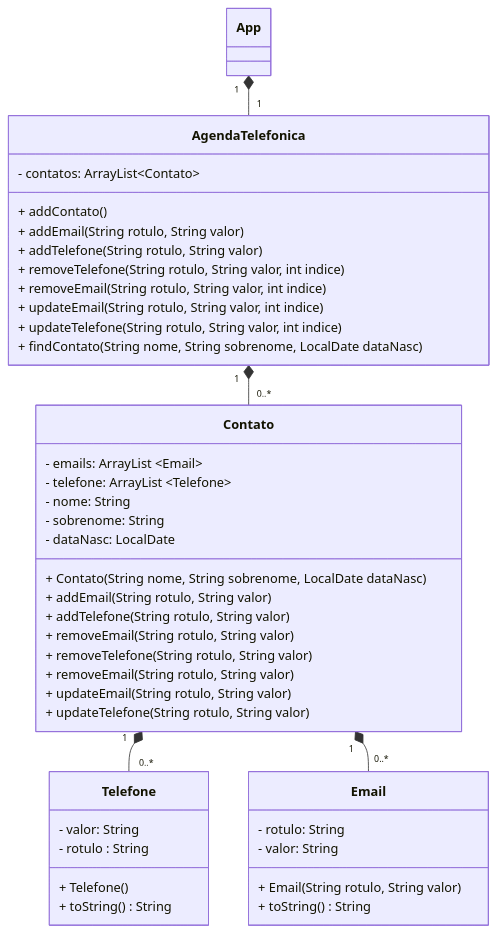
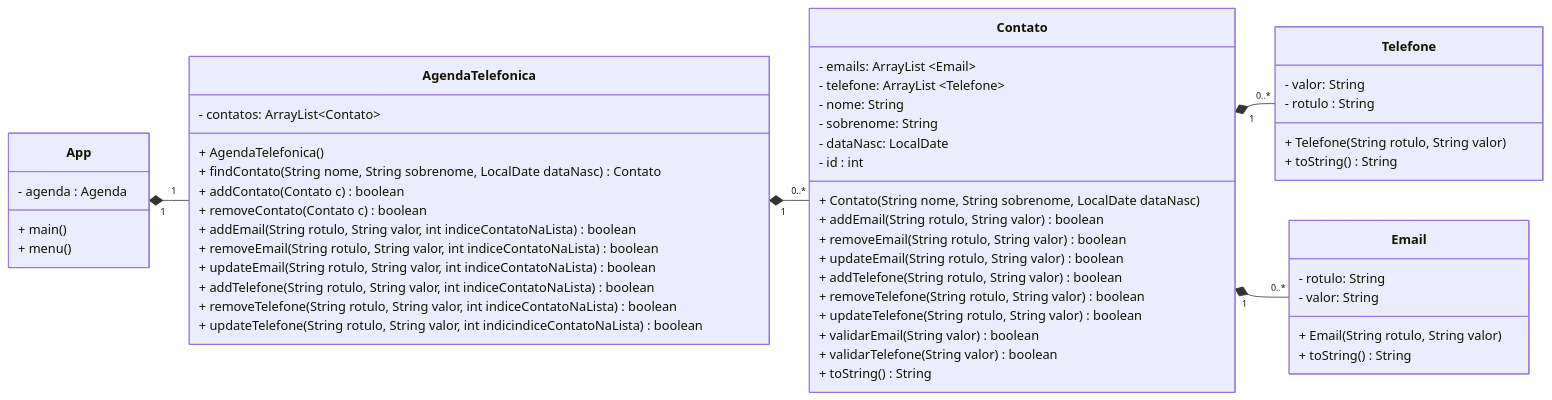
One commit to hiagosantos60/POO changed the diagram in aula17/Readme.md. Above: the diagram before and after it, drawn with Mermaid. The commit also changed other lines of this file and 3 other files, not shown here.

````diff
--- a/aula17/Readme.md
+++ b/aula17/Readme.md
@@ -9,56 +3,71 @@
 ``` mermaid
 classDiagram
+    direction LR
 
     class App {
-
+        - agenda : Agenda
+        + main()
+        + menu()
     }
 
     class AgendaTelefonica{
         - contatos: ArrayList~Contato~
         
-        + addContato()
-        + addEmail(String rotulo, String valor)
-        + addTelefone(String rotulo, String valor)
-        + removeTelefone(String rotulo, String valor, int indice)
-        + removeEmail(String rotulo, String valor, int indice)
-        + updateEmail(String rotulo, String valor, int indice)
-        + updateTelefone(String rotulo, String valor, int indice)
-        + findContato(String nome, String sobrenome, LocalDate dataNasc)
+        + AgendaTelefonica()
+        + findContato(String nome, String sobrenome, LocalDate dataNasc) Contato
+        + addContato(Contato c) boolean
+        + removeContato(Contato c) boolean
+
+        + addEmail(String rotulo, String valor, int indiceContatoNaLista) boolean
+        + removeEmail(String rotulo, String valor, int indiceContatoNaLista) boolean
+        + updateEmail(String rotulo, String valor, int indiceContatoNaLista) boolean
+        
+        + addTelefone(String rotulo, String valor, int indiceContatoNaLista) boolean
+        + removeTelefone(String rotulo, String valor, int indiceContatoNaLista) boolean
+        + updateTelefone(String rotulo, String valor, int indicindiceContatoNaLista) boolean
     }
     
     class Contato {
         - emails: ArrayList ~Email~
         - telefone: ArrayList ~Telefone~
         - nome: String
         - sobrenome: String
         - dataNasc: LocalDate
+        - id : int
 
         + Contato(String nome, String sobrenome, LocalDate dataNasc)
-        + addEmail(String rotulo, String valor)
-        + addTelefone(String rotulo, String valor)
-        + removeEmail(String rotulo, String valor)
-        + removeTelefone(String rotulo, String valor)
-        + removeEmail(String rotulo, String valor)
-        + updateEmail(String rotulo, String valor)
-        + updateTelefone(String rotulo, String valor)
+        
+        + addEmail(String rotulo, String valor) boolean
+        + removeEmail(String rotulo, String valor) boolean
+        + updateEmail(String rotulo, String valor) boolean
+        
+        + addTelefone(String rotulo, String valor) boolean
+        + removeTelefone(String rotulo, String valor) boolean
+        + updateTelefone(String rotulo, String valor) boolean
+        
+        + validarEmail(String valor) boolean
+        + validarTelefone(String valor) boolean
+
+        + toString() String
     }
 
     class Telefone {
         - valor: String
         - rotulo : String
-        + Telefone ()
+        + Telefone (String rotulo, String valor)
         + toString() String
     }
 
     class Email{
         - rotulo: String
         - valor: String
         + Email(String rotulo, String valor)
         + toString() String 
     } 
 
     App "1"*--"1" AgendaTelefonica
     AgendaTelefonica "1"*--"0..*" Contato
     Contato "1"*--"0..*" Telefone
     Contato "1"*-- "0..*"Email
+
 ```
````
